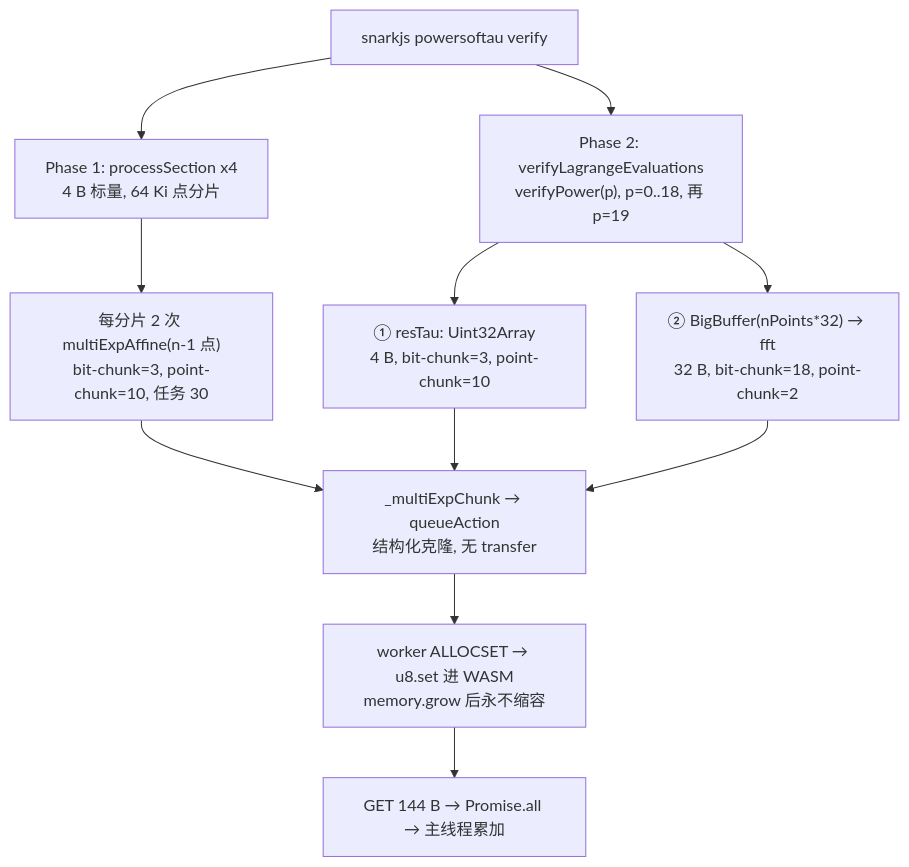
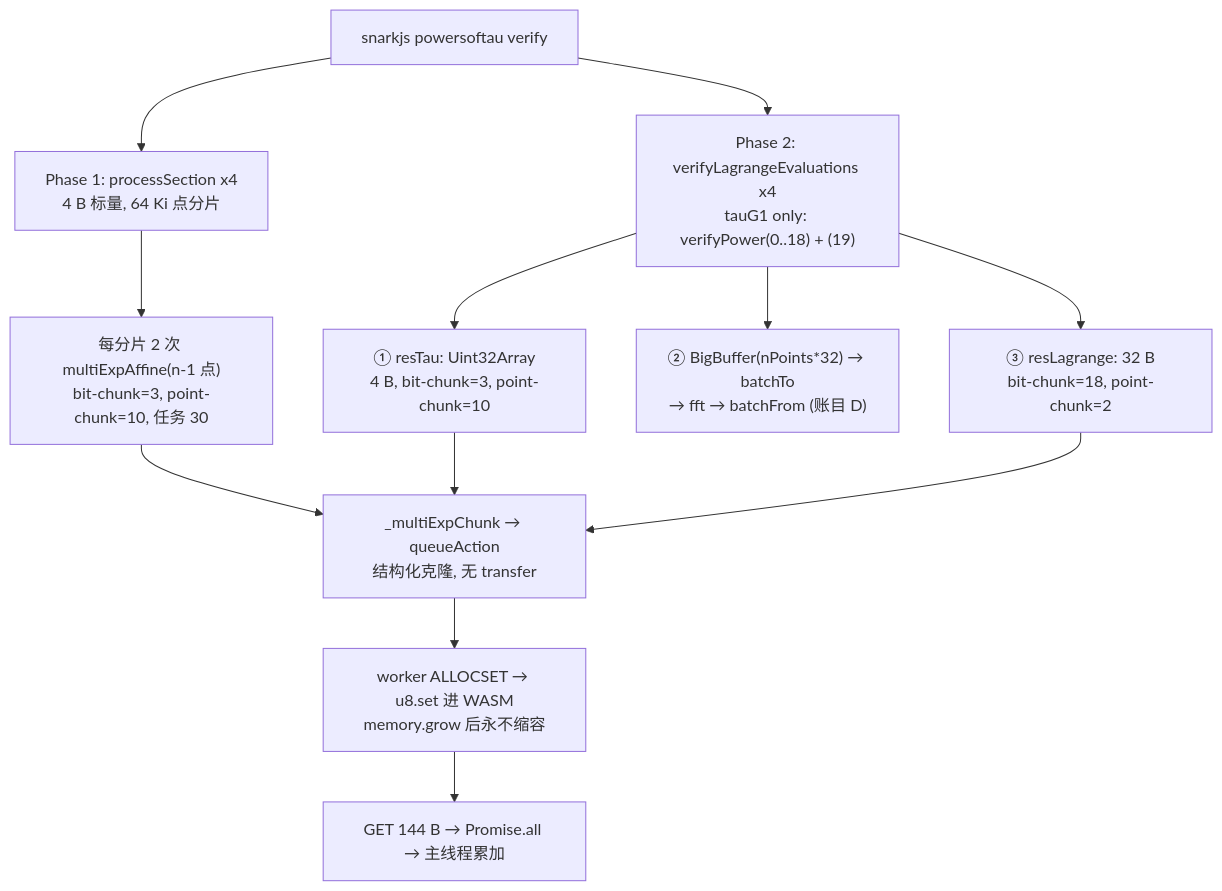
One commit to kaikai-cao/srs-optimization changed the first of 2 diagrams in docs/M5_PROBE_DESIGN.md. Above: the diagram before and after it, drawn with Mermaid. The commit also changed other lines of this file and 2 other files, not shown here.

First line of the commit message:
fix(m5a2): add batchconvert account, bound-only assumptions, exact-replay gate

````diff
--- a/docs/M5_PROBE_DESIGN.md
+++ b/docs/M5_PROBE_DESIGN.md
@@ -95,13 +118,14 @@
 ```mermaid
 flowchart TD
     A["snarkjs powersoftau verify"] --> A1["Phase 1: processSection x4<br/>4 B 标量, 64 Ki 点分片"]
-    A --> B1["Phase 2: verifyLagrangeEvaluations<br/>verifyPower(p), p=0..18, 再 p=19"]
+    A --> B1["Phase 2: verifyLagrangeEvaluations x4<br/>tauG1 only: verifyPower(0..18) + (19)"]
     A1 --> A2["每分片 2 次 multiExpAffine(n-1 点)<br/>bit-chunk=3, point-chunk=10, 任务 30"]
     B1 --> B2["① resTau: Uint32Array<br/>4 B, bit-chunk=3, point-chunk=10"]
-    B1 --> B3["② BigBuffer(nPoints*32) → fft<br/>32 B, bit-chunk=18, point-chunk=2"]
+    B1 --> B3["② BigBuffer(nPoints*32) → batchTo<br/>→ fft → batchFrom (账目 D)"]
+    B1 --> B4["③ resLagrange: 32 B<br/>bit-chunk=18, point-chunk=2"]
     A2 --> C["_multiExpChunk → queueAction<br/>结构化克隆, 无 transfer"]
     B2 --> C
-    B3 --> C
-    C --> D["worker ALLOCSET → u8.set 进 WASM<br/>memory.grow 后永不缩容"]
-    D --> E["GET 144 B → Promise.all → 主线程累加"]
+    B4 --> C
+    C --> W["worker ALLOCSET → u8.set 进 WASM<br/>memory.grow 后永不缩容"]
+    W --> R["GET 144 B → Promise.all → 主线程累加"]
 ```
````
